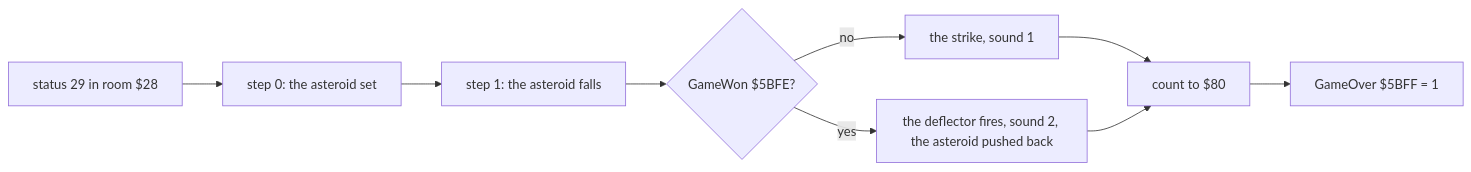
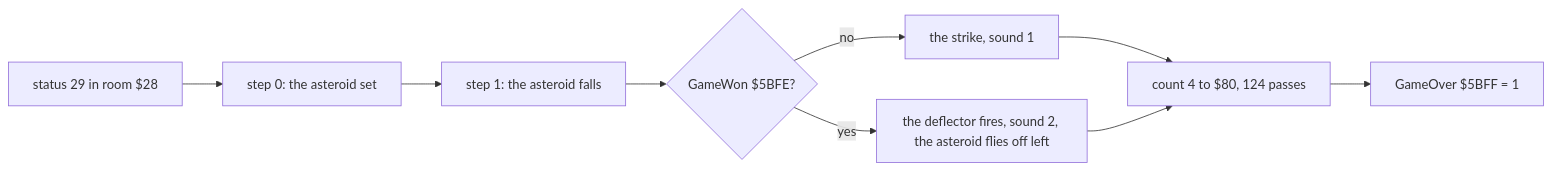
The seventh of 9 diagrams in games/terramex/docs/04-game-loop.md (alfishe/unrealng-reverse-cases), drawn with Mermaid before and after one commit. The commit also changed other lines of this file and 31 other files, not shown here.

````diff
--- a/games/terramex/docs/04-game-loop.md
+++ b/games/terramex/docs/04-game-loop.md
@@ -909,11 +933,11 @@
 ```mermaid
 flowchart LR
     A["status 29 in room $28"] --> B["step 0: the asteroid set"]
     B --> C["step 1: the asteroid falls"]
     C --> D{"GameWon $5BFE?"}
     D -->|no| E["the strike, sound 1"]
-    D -->|yes| F["the deflector fires, sound 2, the asteroid pushed back"]
-    E --> G["count to $80"]
+    D -->|yes| F["the deflector fires, sound 2, the asteroid flies off left"]
+    E --> G["count 4 to $80, 124 passes"]
     F --> G
     G --> H["GameOver $5BFF = 1"]
 ```
````
